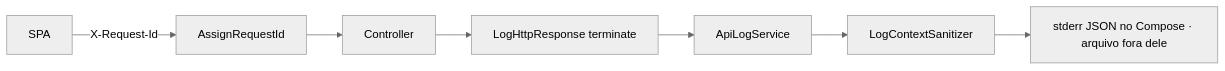
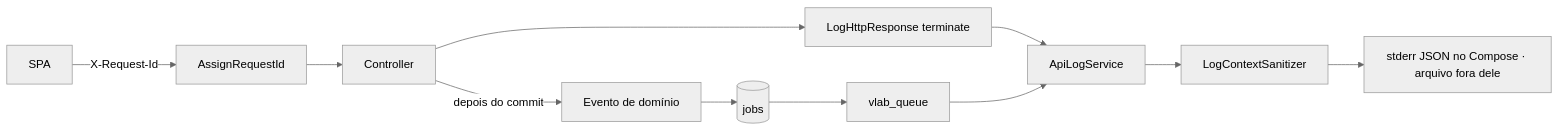
Before and after one commit to soninhoxs/Projeto-Vlab: the second of 2 diagrams in README.md, drawn with Mermaid (neutral theme). The commit also changed other lines of this file and 11 other files, not shown here.

Commit message:
Enfileira o log de domínio depois do commit para o cadastro não esperar o I/O do log.

````diff
--- a/README.md
+++ b/README.md
@@ -150,9 +159,13 @@
 ```mermaid
 flowchart LR
     SPA[SPA] -->|X-Request-Id| MW[AssignRequestId]
     MW --> API[Controller]
     API --> Term[LogHttpResponse terminate]
     Term --> Svc[ApiLogService]
+    API -->|depois do commit| Ev[Evento de domínio]
+    Ev --> Jobs[(jobs)]
+    Jobs --> Worker[vlab_queue]
+    Worker --> Svc
     Svc --> San[LogContextSanitizer]
     San --> Out["stderr JSON no Compose · arquivo fora dele"]
 ```
````
